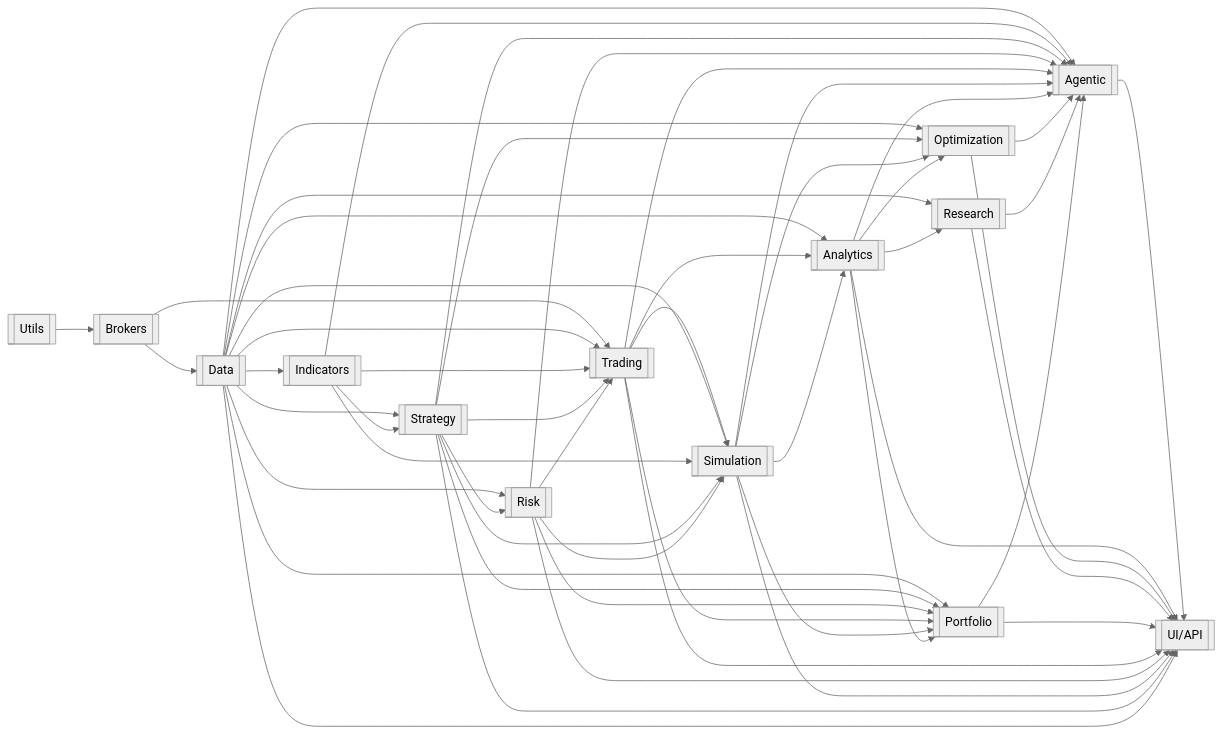
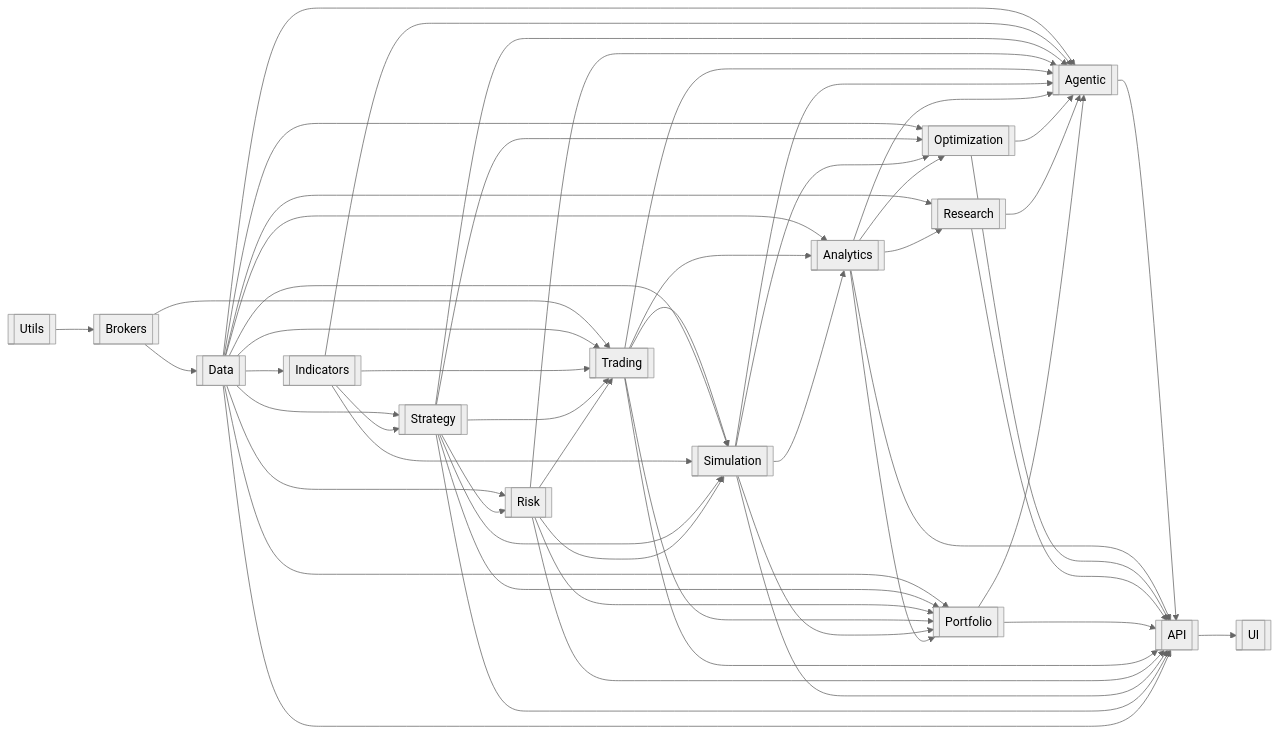
One commit to haruperi/HaruQuantAI changed the second of 5 diagrams in docs/PROJECT.md. Above: the diagram before and after it, drawn with Mermaid (neutral theme). The commit also changed other lines of this file and 307 other files, not shown here.

````diff
--- a/docs/PROJECT.md
+++ b/docs/PROJECT.md
@@ -349,70 +363,72 @@
 ```mermaid
 flowchart LR
     UTILS[[Utils]]
     BROKER[[Brokers]]
     DATA[[Data]]
     IND[[Indicators]]
     STRAT[[Strategy]]
     RISK[[Risk]]
     TRADE[[Trading]]
     SIM[[Simulation]]
     ANA[[Analytics]]
     OPT[[Optimization]]
     RES[[Research]]
     PORT[[Portfolio]]
     AGENTIC[[Agentic]]
-    UIAPI[[UI/API]]
+    API[[API]]
+    UI[[UI]]
 
     UTILS --> BROKER
     BROKER --> DATA
     BROKER --> TRADE
     DATA --> IND
     DATA --> STRAT
     DATA --> RISK
     DATA --> TRADE
     IND --> TRADE
     STRAT --> TRADE
     DATA --> RES
     DATA --> OPT
     DATA --> ANA
     IND --> STRAT
     STRAT --> RISK
     STRAT --> OPT
     RISK --> TRADE
     TRADE --> SIM
     DATA --> SIM
     IND --> SIM
     STRAT --> SIM
     RISK --> SIM
     TRADE --> ANA
     SIM --> ANA
     SIM --> OPT
     ANA --> OPT
     ANA --> RES
     DATA --> PORT
     STRAT --> PORT
     RISK --> PORT
     TRADE --> PORT
     SIM --> PORT
     ANA --> PORT
     DATA --> AGENTIC
     IND --> AGENTIC
     STRAT --> AGENTIC
     RISK --> AGENTIC
     TRADE --> AGENTIC
     SIM --> AGENTIC
     ANA --> AGENTIC
     OPT --> AGENTIC
     RES --> AGENTIC
     PORT --> AGENTIC
-    AGENTIC --> UIAPI
-    ANA --> UIAPI
-    OPT --> UIAPI
-    RES --> UIAPI
-    PORT --> UIAPI
-    TRADE --> UIAPI
-    RISK --> UIAPI
-    SIM --> UIAPI
-    STRAT --> UIAPI
-    DATA --> UIAPI
+    AGENTIC --> API
+    ANA --> API
+    OPT --> API
+    RES --> API
+    PORT --> API
+    TRADE --> API
+    RISK --> API
+    SIM --> API
+    STRAT --> API
+    DATA --> API
+    API --> UI
 ```
````
